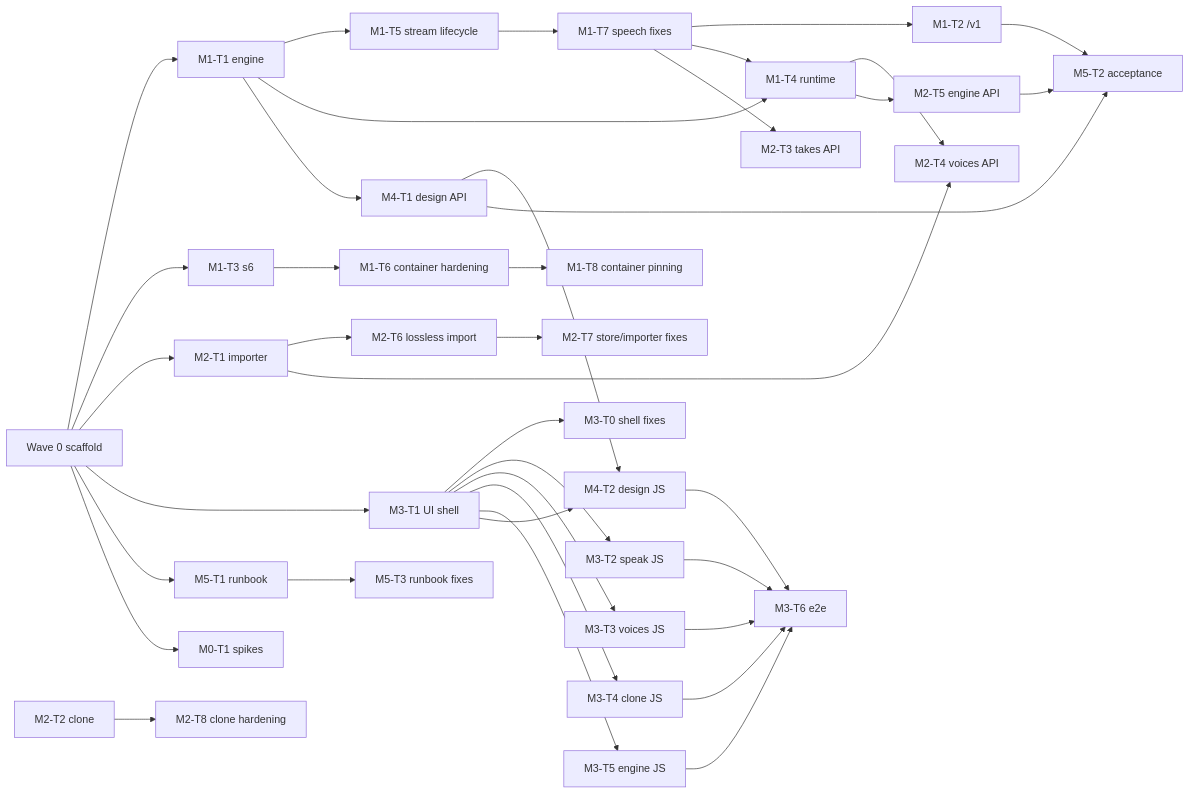
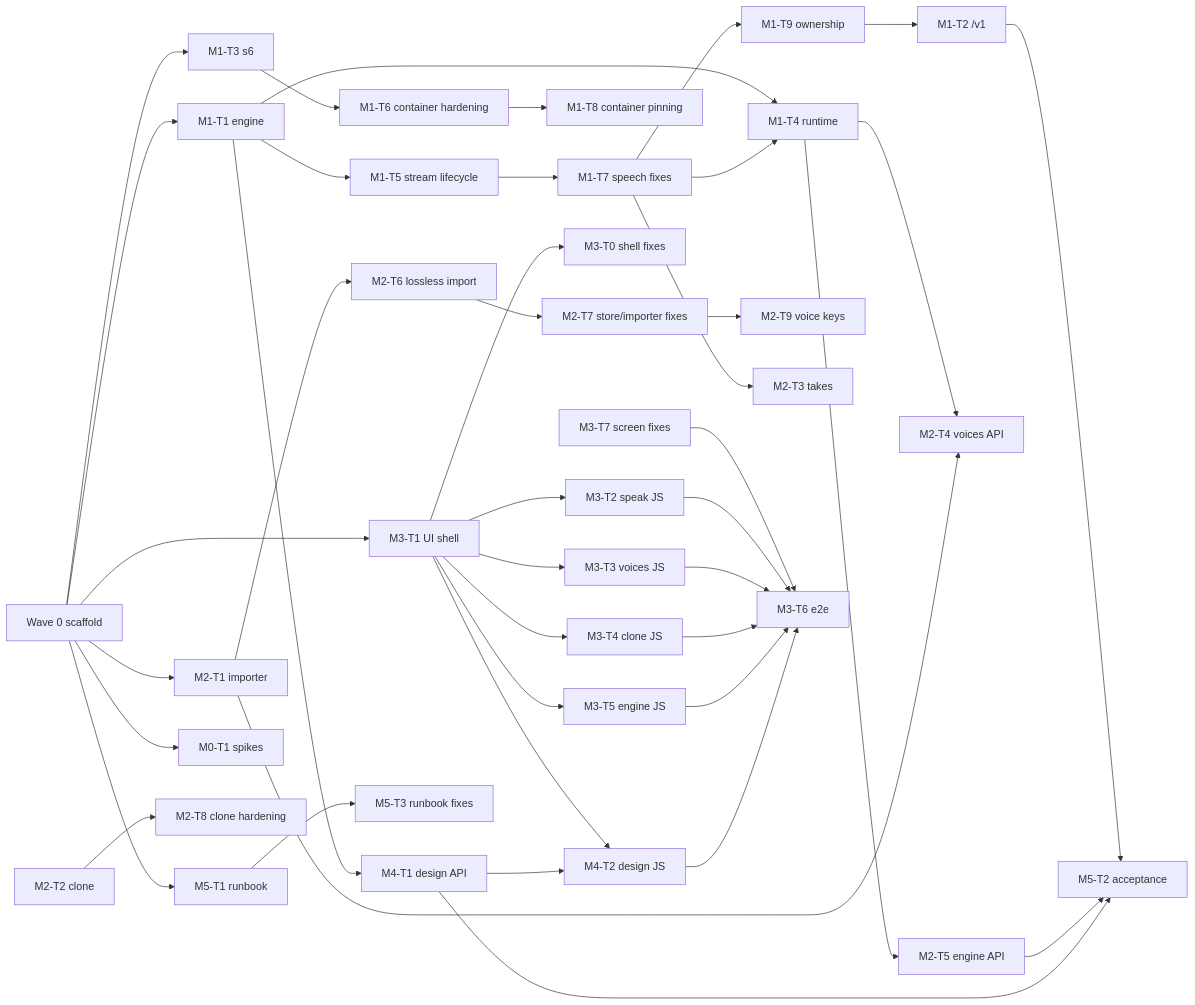
Before and after one commit to eroji/voxcpm2-openai: the diagram in docs/PLAN.md, drawn with Mermaid. The commit also changed other lines of this file and 9 other files, not shown here.

Commit message:
docs(contracts): voice keys, stream aclose, UI capability flags; wave-4 tasks

````diff
--- a/docs/PLAN.md
+++ b/docs/PLAN.md
@@ -192,40 +196,44 @@
 ```mermaid
 graph LR
   S0[Wave 0 scaffold] --> M1T1[M1-T1 engine]
   S0 --> M1T3[M1-T3 s6]
   S0 --> M2T1[M2-T1 importer]
   S0 --> M3T1[M3-T1 UI shell]
   S0 --> M5T1[M5-T1 runbook]
   S0 --> M0T1[M0-T1 spikes]
   M1T1 --> M1T5[M1-T5 stream lifecycle]
   M1T5 --> M1T7[M1-T7 speech fixes]
-  M1T7 --> M1T2[M1-T2 /v1]
+  M1T7 --> M1T9[M1-T9 ownership]
+  M1T9 --> M1T2[M1-T2 /v1]
   M1T1 --> M1T4[M1-T4 runtime]
   M1T1 --> M4T1[M4-T1 design API]
   M1T3[M1-T3 s6] --> M1T6[M1-T6 container hardening]
   M1T6 --> M1T8[M1-T8 container pinning]
   M2T1 --> M2T6[M2-T6 lossless import]
   M2T6 --> M2T7[M2-T7 store/importer fixes]
+  M2T7 --> M2T9[M2-T9 voice keys]
   M2T2b[M2-T2 clone] --> M2T8[M2-T8 clone hardening]
   M3T1 --> M3T0[M3-T0 shell fixes]
   M5T1 --> M5T3[M5-T3 runbook fixes]
   M1T4 --> M2T4[M2-T4 voices API]
   M1T7 --> M1T4[M1-T4 runtime]
+  M1T7 --> M2T3[M2-T3 takes]
   M2T1 --> M2T4
   M1T4 --> M2T5[M2-T5 engine API]
   M3T1 --> M3T2[M3-T2 speak JS]
+  M3T7[M3-T7 screen fixes] --> M3T6[M3-T6 e2e]
   M3T1 --> M3T3[M3-T3 voices JS]
   M3T1 --> M3T4[M3-T4 clone JS]
   M3T1 --> M3T5[M3-T5 engine JS]
   M3T1 --> M4T2[M4-T2 design JS]
-  M1T7 --> M2T3[M2-T3 takes API]
+
   M4T1 --> M4T2
   M3T2 --> M3T6[M3-T6 e2e]
   M3T3 --> M3T6
   M3T4 --> M3T6
   M3T5 --> M3T6
   M4T2 --> M3T6
   M1T2 --> M5T2[M5-T2 acceptance]
   M2T5 --> M5T2
   M4T1 --> M5T2
 ```
````
